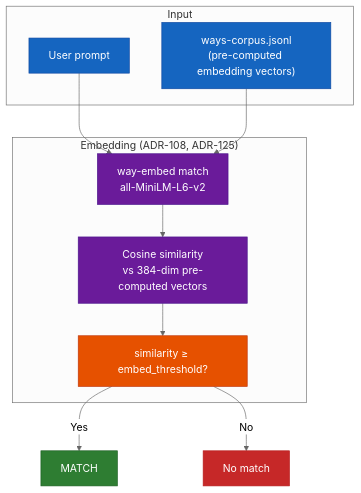
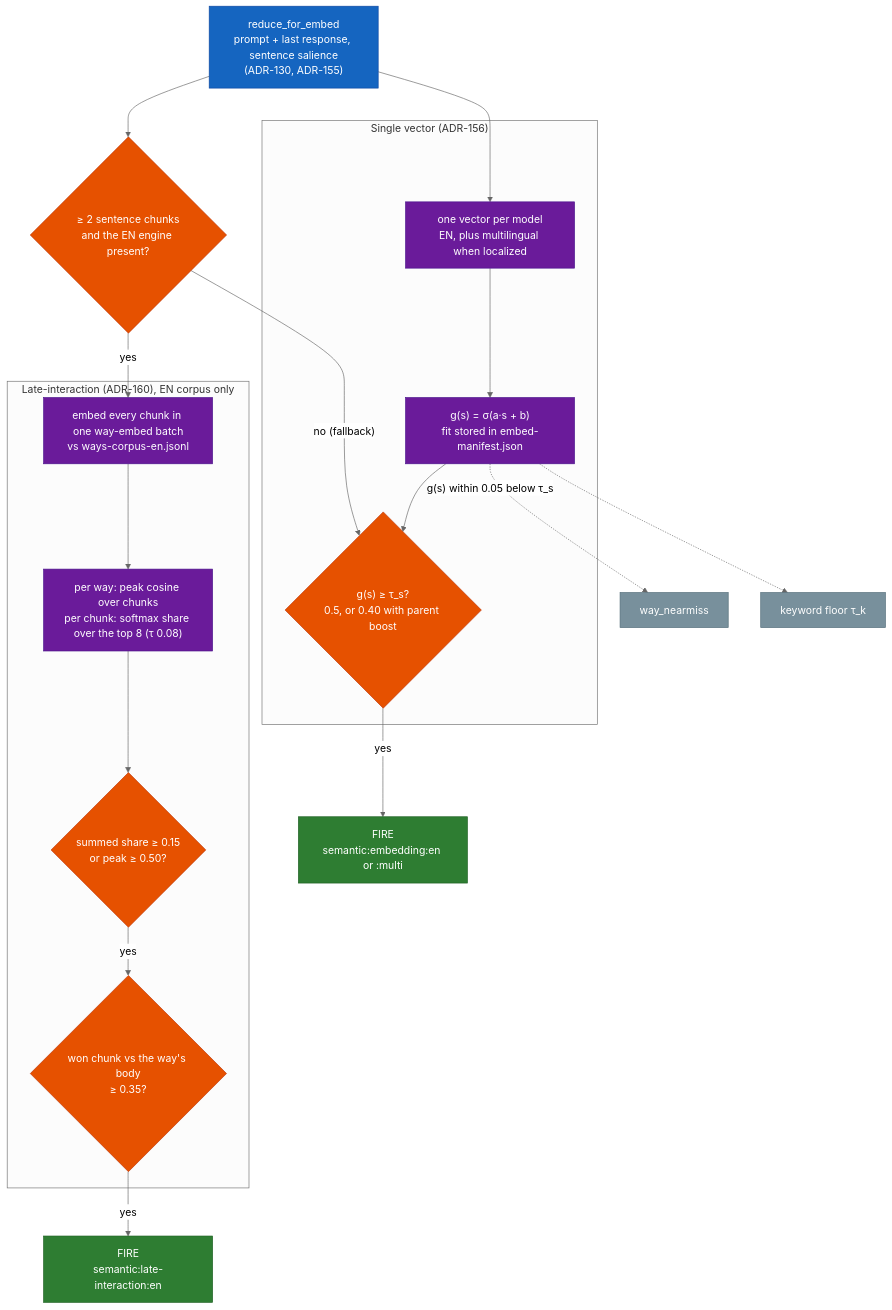
The eighth of 13 diagrams in docs/architecture.md (aaronsb/agent-ways), drawn with Mermaid (neutral theme) before and after one commit. The commit also changed other lines of this file and 7 other files, not shown here.

First line of the commit message:
docs(architecture): redraw the ways pipeline for the judge, late-interaction and per-agent state

````diff
--- a/docs/architecture.md
+++ b/docs/architecture.md
@@ -261,24 +360,35 @@
 ```mermaid
 flowchart TB
     classDef input fill:#1565C0,stroke:#0D47A1,color:#fff
     classDef process fill:#6A1B9A,stroke:#4A148C,color:#fff
     classDef check fill:#E65100,stroke:#BF360C,color:#fff
     classDef yes fill:#2E7D32,stroke:#1B5E20,color:#fff
-    classDef no fill:#C62828,stroke:#B71C1C,color:#fff
+    classDef side fill:#78909C,stroke:#546E7A,color:#fff
 
-    subgraph Input
-        Prompt["User prompt"]:::input
-        Corpus["ways-corpus.jsonl<br/>(pre-computed embedding vectors)"]:::input
+    Red["reduce_for_embed<br/>prompt + last response, sentence salience<br/>(ADR-130, ADR-155)"]:::input
+    Chunk{"≥ 2 sentence chunks<br/>and the EN engine present?"}:::check
+    Red --> Chunk
+
+    subgraph LI["Late-interaction (ADR-160), EN corpus only"]
+        Batch["embed every chunk in one way-embed batch<br/>vs ways-corpus-en.jsonl"]:::process
+        Rank["per way: peak cosine over chunks<br/>per chunk: softmax share over the top 8 (τ 0.08)"]:::process
+        Admit{"summed share ≥ 0.15<br/>or peak ≥ 0.50?"}:::check
+        Confirm{"won chunk vs the way's body<br/>≥ 0.35?"}:::check
+        Batch --> Rank --> Admit -->|yes| Confirm
     end
 
-    subgraph Embedding["Embedding (ADR-108, ADR-125)"]
-        Embed["way-embed match<br/>all-MiniLM-L6-v2"]:::process
-        Cosine["Cosine similarity<br/>vs 384-dim pre-computed vectors"]:::process
-        EmbedResult["similarity ≥ embed_threshold?"]:::check
+    subgraph SV["Single vector (ADR-156)"]
+        Vec["one vector per model<br/>EN, plus multilingual when localized"]:::process
+        Cal["g(s) = σ(a·s + b)<br/>fit stored in embed-manifest.json"]:::process
+        Tau{"g(s) ≥ τ_s?<br/>0.5, or 0.40 with parent boost"}:::check
+        Vec --> Cal --> Tau
     end
 
-    Prompt --> Embed --> Cosine --> EmbedResult
-    EmbedResult -->|Yes| Match["MATCH"]:::yes
-    EmbedResult -->|No| NoMatch["No match"]:::no
-    Corpus --> Embed
+    Chunk -->|yes| Batch
+    Chunk -->|"no (fallback)"| Tau
+    Red --> Vec
+    Confirm -->|yes| F1["FIRE<br/>semantic:late-interaction:en"]:::yes
+    Tau -->|yes| F2["FIRE<br/>semantic:embedding:en or :multi"]:::yes
+    Cal -.->|"g(s) within 0.05 below τ_s"| NM["way_nearmiss"]:::side
+    Cal -.-> KF["keyword floor τ_k"]:::side
 ```
````
